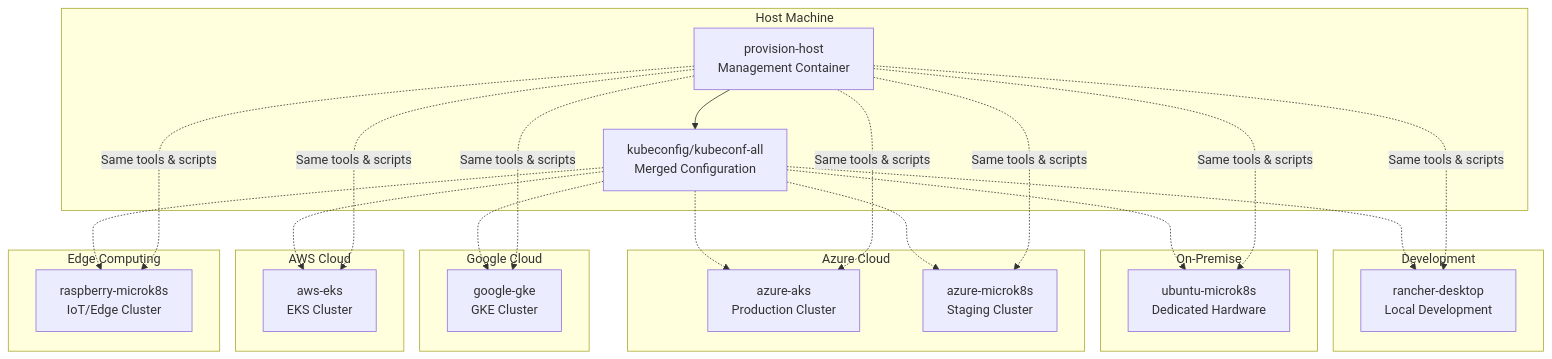
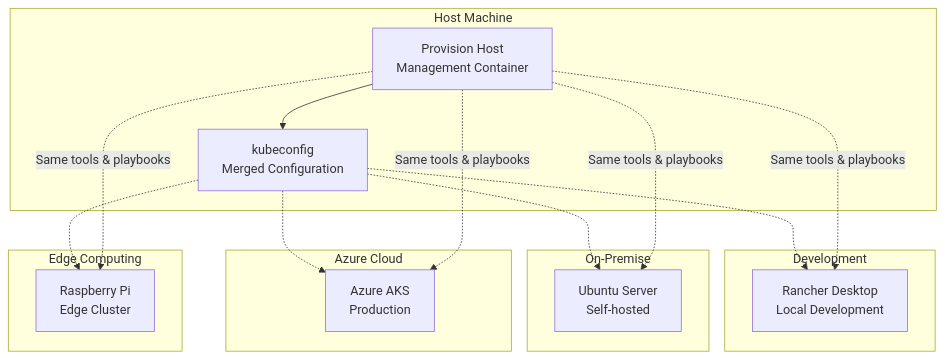
One commit to terchris/urbalurba-infrastructure changed the fourth of 4 diagrams in website/docs/getting-started/architecture.md. Above: the diagram before and after it, drawn with Mermaid. The commit also changed other lines of this file, not shown here.

First line of the commit message:
docs: rewrite architecture page with current ./uis CLI workflow

````diff
--- a/website/docs/getting-started/architecture.md
+++ b/website/docs/getting-started/architecture.md
@@ -188,49 +136,34 @@
 ```mermaid
 graph TB
     subgraph "Host Machine"
-        PH[provision-host<br/>Management Container]
-        CONFIG[kubeconfig/kubeconf-all<br/>Merged Configuration]
+        PH[Provision Host<br/>Management Container]
+        CONFIG[kubeconfig<br/>Merged Configuration]
     end
 
     subgraph "Development"
-        RD[rancher-desktop<br/>Local Development]
+        RD[Rancher Desktop<br/>Local Development]
     end
 
     subgraph "On-Premise"
-        UMICROK8S[ubuntu-microk8s<br/>Dedicated Hardware]
+        UMICROK8S[Ubuntu Server<br/>Self-hosted]
     end
 
     subgraph "Azure Cloud"
-        AKS[azure-aks<br/>Production Cluster]
-        AMICROK8S[azure-microk8s<br/>Staging Cluster]
-    end
-
-    subgraph "Google Cloud"
-        GKE[google-gke<br/>GKE Cluster]
-    end
-
-    subgraph "AWS Cloud"
-        EKS[aws-eks<br/>EKS Cluster]
+        AKS[Azure AKS<br/>Production]
     end
 
     subgraph "Edge Computing"
-        RMICROK8S[raspberry-microk8s<br/>IoT/Edge Cluster]
+        RMICROK8S[Raspberry Pi<br/>Edge Cluster]
     end
 
     PH --> CONFIG
     CONFIG -.-> RD
     CONFIG -.-> UMICROK8S
     CONFIG -.-> AKS
-    CONFIG -.-> AMICROK8S
-    CONFIG -.-> GKE
-    CONFIG -.-> EKS
     CONFIG -.-> RMICROK8S
 
-    PH -.->|"Same tools & scripts"| RD
-    PH -.->|"Same tools & scripts"| UMICROK8S
-    PH -.->|"Same tools & scripts"| AKS
-    PH -.->|"Same tools & scripts"| AMICROK8S
-    PH -.->|"Same tools & scripts"| GKE
-    PH -.->|"Same tools & scripts"| EKS
-    PH -.->|"Same tools & scripts"| RMICROK8S
+    PH -.->|"Same tools & playbooks"| RD
+    PH -.->|"Same tools & playbooks"| UMICROK8S
+    PH -.->|"Same tools & playbooks"| AKS
+    PH -.->|"Same tools & playbooks"| RMICROK8S
 ```
````
